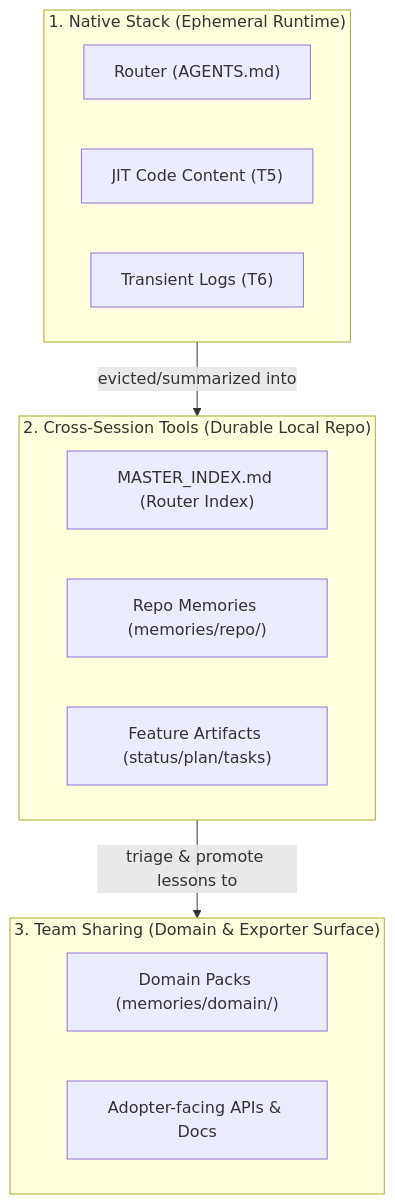
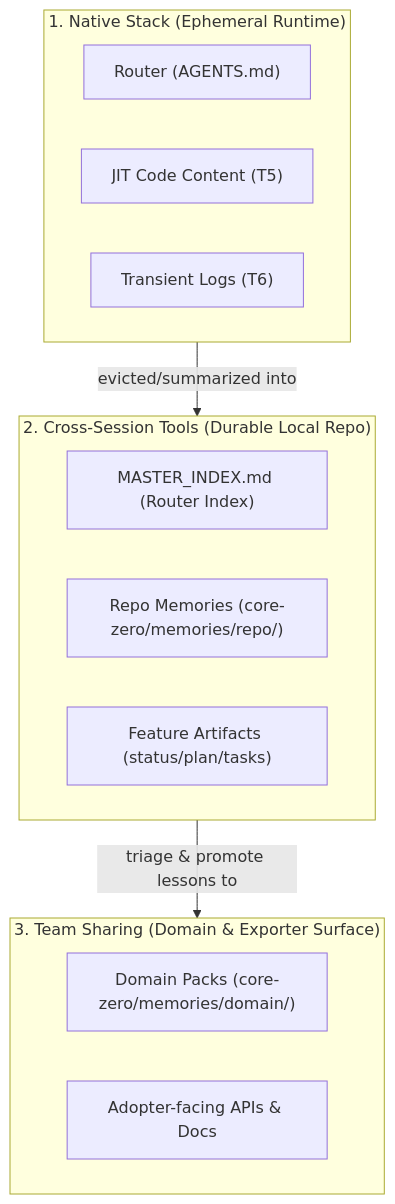
The first of 6 diagrams in documents/context-engineering.md (thaihai-swe/CoreZero-Nexus), drawn with Mermaid before and after one commit. The commit also changed other lines of this file and 72 other files, not shown here.

First line of the commit message:
Refactor memory paths and documentation references to align with core-zero structure

````diff
--- a/documents/context-engineering.md
+++ b/documents/context-engineering.md
@@ -54,24 +54,24 @@
 ```mermaid
 flowchart TD
     %% Three-Track Memory Model
 
     subgraph Track1["1. Native Stack (Ephemeral Runtime)"]
         NS1["Router (AGENTS.md)"]
         NS2["JIT Code Content (T5)"]
         NS3["Transient Logs (T6)"]
     end
 
     subgraph Track2["2. Cross-Session Tools (Durable Local Repo)"]
         CS1["MASTER_INDEX.md (Router Index)"]
-        CS2["Repo Memories (memories/repo/)"]
+        CS2["Repo Memories (core-zero/memories/repo/)"]
         CS3["Feature Artifacts (status/plan/tasks)"]
     end
 
     subgraph Track3["3. Team Sharing (Domain & Exporter Surface)"]
-        TS1["Domain Packs (memories/domain/)"]
+        TS1["Domain Packs (core-zero/memories/domain/)"]
         TS2["Adopter-facing APIs & Docs"]
     end
 
     Track1 -->|evicted/summarized into| Track2
     Track2 -->|triage & promote lessons to| Track3
 ```
````
